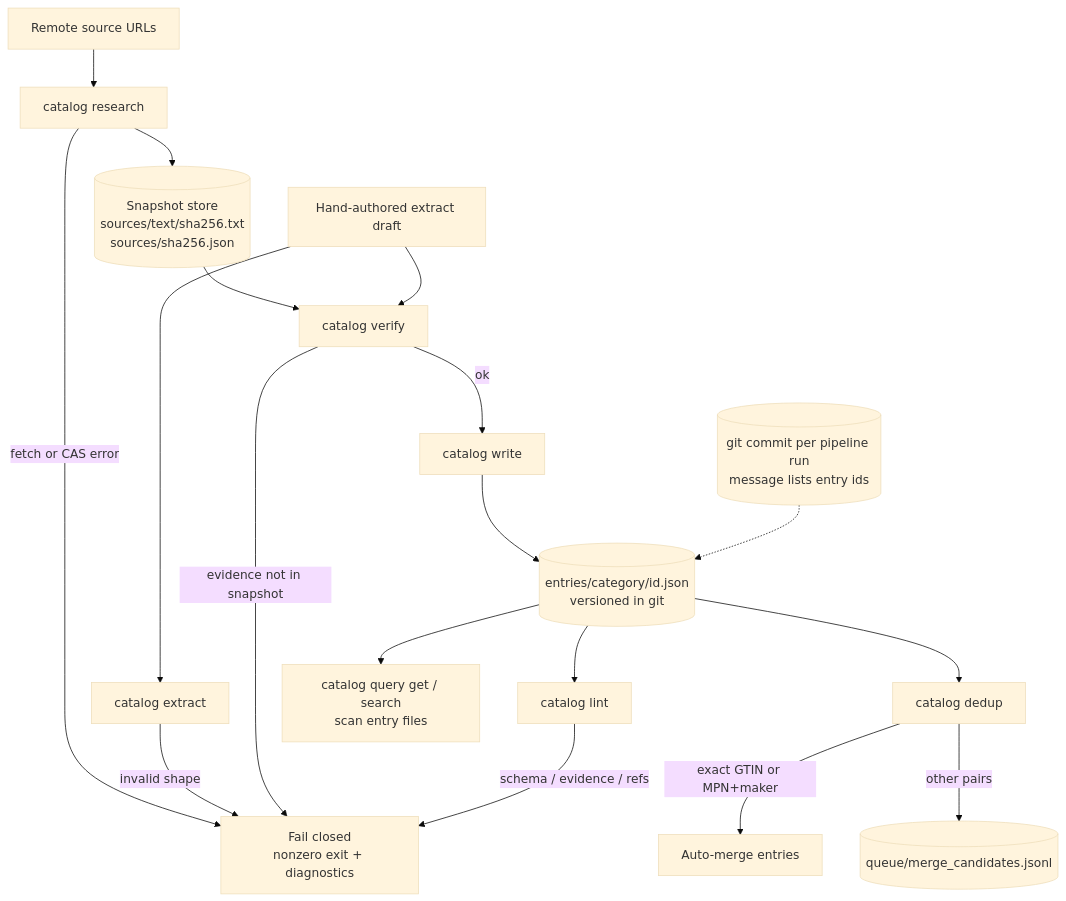
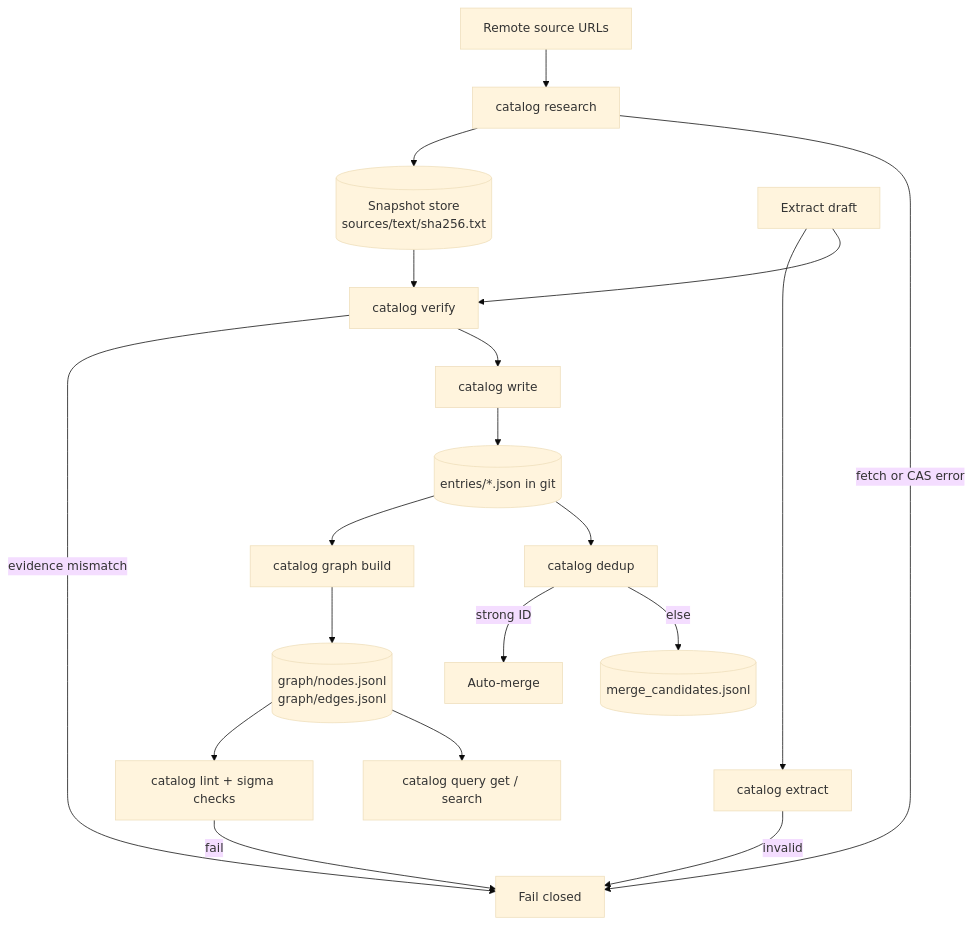
Before and after one commit to wetware-hq/catalog: the diagram in encyclopedia/architecture.mmd, drawn with Mermaid (base theme). The commit also changed 12 other files, not shown here.

First line of the commit message:
Emit KGX graph from catalog entries with validation tests

```diff
--- a/encyclopedia/architecture.mmd
+++ b/encyclopedia/architecture.mmd
@@ -1,22 +1,22 @@
 flowchart TD
   SRC[Remote source URLs] --> R[catalog research]
-  R --> CAS[(Snapshot store<br/>sources/text/sha256.txt<br/>sources/sha256.json)]
-  R -->|fetch or CAS error| FC[Fail closed<br/>nonzero exit + diagnostics]
+  R --> CAS[(Snapshot store<br/>sources/text/sha256.txt)]
+  R -->|fetch or CAS error| FC[Fail closed]
 
-  DRAFT[Hand-authored extract draft] --> E[catalog extract]
-  E -->|invalid shape| FC
-
+  DRAFT[Extract draft] --> E[catalog extract]
+  E -->|invalid| FC
   CAS --> V[catalog verify]
   DRAFT --> V
-  V -->|evidence not in snapshot| FC
-  V -->|ok| W[catalog write]
+  V -->|evidence mismatch| FC
+  V --> W[catalog write]
 
-  W --> ENT[(entries/category/id.json<br/>versioned in git)]
+  W --> ENT[(entries/*.json in git)]
+  ENT --> G[catalog graph build]
+  G --> KGX[(graph/nodes.jsonl<br/>graph/edges.jsonl)]
   ENT --> D[catalog dedup]
-  D -->|exact GTIN or MPN+maker| MERGE[Auto-merge entries]
-  D -->|other pairs| FLAG[(queue/merge_candidates.jsonl)]
+  D -->|strong ID| MERGE[Auto-merge]
+  D -->|else| FLAG[(merge_candidates.jsonl)]
 
-  ENT --> L[catalog lint]
-  L -->|schema / evidence / refs| FC
-  ENT --> Q[catalog query get / search<br/>scan entry files]
-  GIT[(git commit per pipeline run<br/>message lists entry ids)] -.-> ENT
+  KGX --> L[catalog lint + sigma checks]
+  L -->|fail| FC
+  KGX --> Q[catalog query get / search]
```
